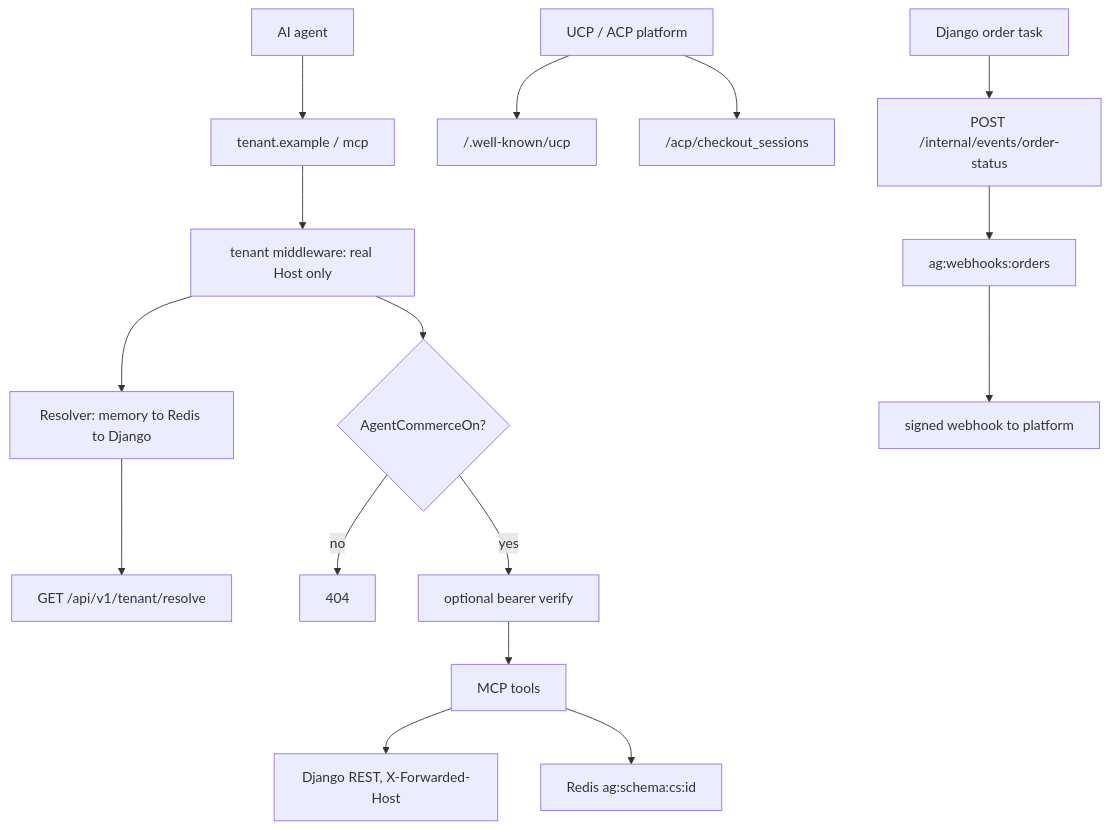
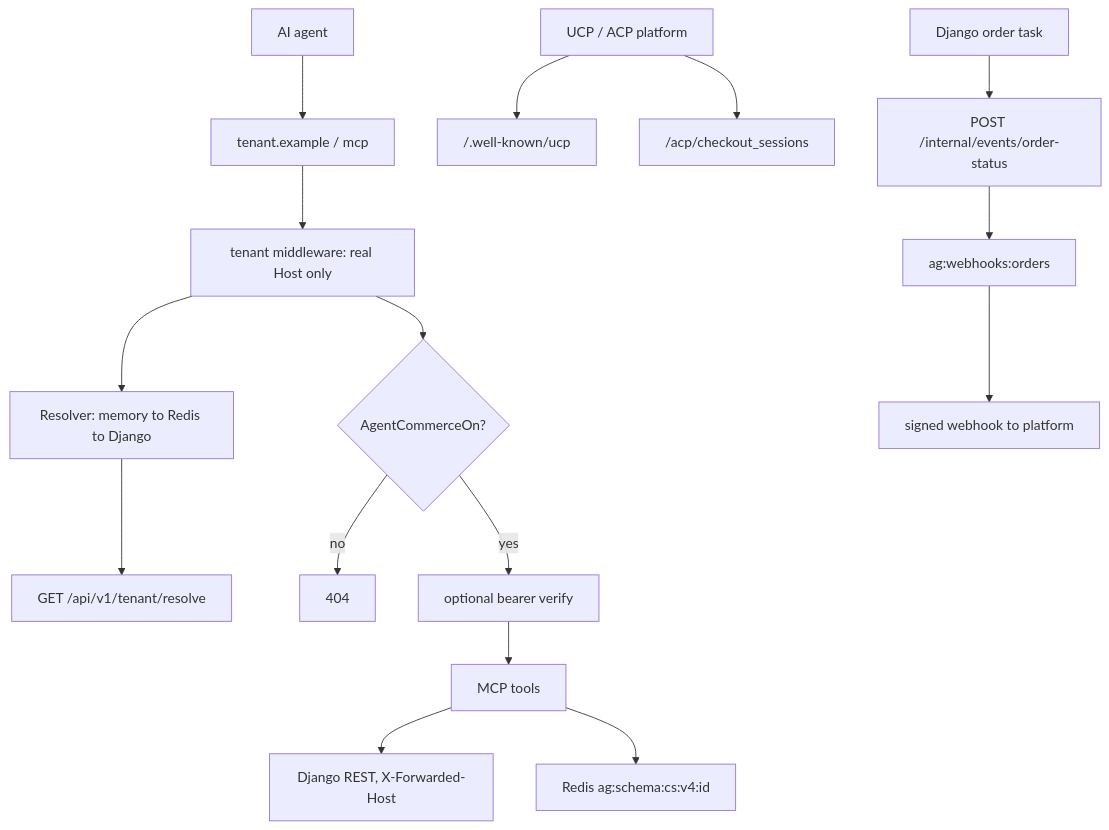
The diagram in src/dev/flows/agentic-commerce.md (vasilistotskas/grooveshop-docs), drawn with Mermaid before and after one commit. The commit also changed other lines of this file and 8 other files, not shown here.

````diff
--- a/src/dev/flows/agentic-commerce.md
+++ b/src/dev/flows/agentic-commerce.md
@@ -28,19 +28,19 @@
 ```mermaid
 flowchart TD
   Agent["AI agent"] --> Host["tenant.example / mcp"]
   Host --> MW["tenant middleware: real Host only"]
   MW --> Res["Resolver: memory to Redis to Django"]
   Res --> Django["GET /api/v1/tenant/resolve"]
   MW --> Gate{"AgentCommerceOn?"}
   Gate -- "no" --> NF["404"]
   Gate -- "yes" --> Ident["optional bearer verify"]
   Ident --> Tools["MCP tools"]
   Tools --> API["Django REST, X-Forwarded-Host"]
-  Tools --> Sess["Redis ag:schema:cs:id"]
+  Tools --> Sess["Redis ag:schema:cs:v4:id"]
 
   Platform["UCP / ACP platform"] --> Profile["/.well-known/ucp"]
   Platform --> ACP["/acp/checkout_sessions"]
   DJ["Django order task"] --> Int["POST /internal/events/order-status"]
   Int --> Queue["ag:webhooks:orders"]
   Queue --> Hook["signed webhook to platform"]
 ```
````
